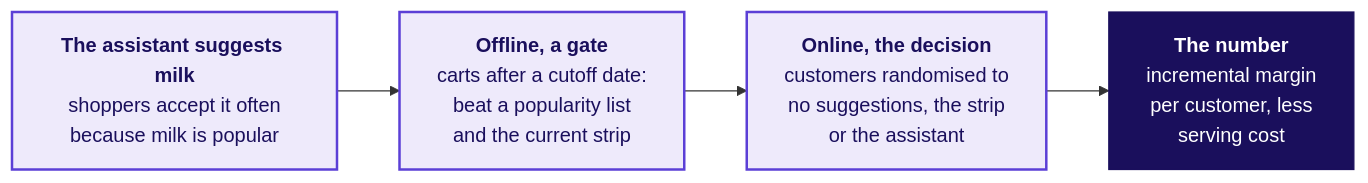
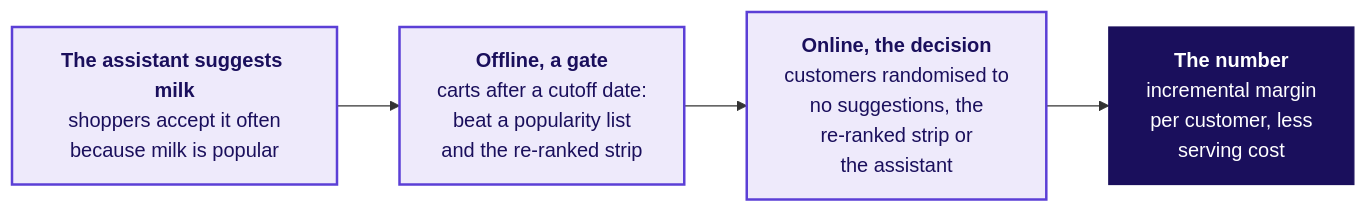
Before and after one commit to fde-academy-lab/c2-content-factory: the second of 3 diagrams in content/W04/D3/slides/C2_W04_D03_half2_STUDENT.md, drawn with Mermaid. The commit also changed other lines of this file and 12 other files, not shown here.

````diff
--- a/content/W04/D3/slides/C2_W04_D03_half2_STUDENT.md
+++ b/content/W04/D3/slides/C2_W04_D03_half2_STUDENT.md
@@ -129,10 +129,10 @@
 ```mermaid
 flowchart LR
-    A["<b>The assistant suggests milk</b><br/>shoppers accept it often<br/>because milk is popular"] --> B["<b>Offline, a gate</b><br/>carts after a cutoff date:<br/>beat a popularity list<br/>and the current strip"]
-    B --> C["<b>Online, the decision</b><br/>customers randomised to<br/>no suggestions, the strip<br/>or the assistant"]
+    A["<b>The assistant suggests milk</b><br/>shoppers accept it often<br/>because milk is popular"] --> B["<b>Offline, a gate</b><br/>carts after a cutoff date:<br/>beat a popularity list<br/>and the re-ranked strip"]
+    B --> C["<b>Online, the decision</b><br/>customers randomised to<br/>no suggestions, the<br/>re-ranked strip or<br/>the assistant"]
     C --> D["<b>The number</b><br/>incremental margin<br/>per customer, less<br/>serving cost"]
     classDef known fill:#EEEAFB,stroke:#5B3FD6,color:#1A0F5C,stroke-width:2px
     classDef lit fill:#1A0F5C,stroke:#1A0F5C,color:#FFFFFF
     class A,B,C known
     class D lit
 ```
````
